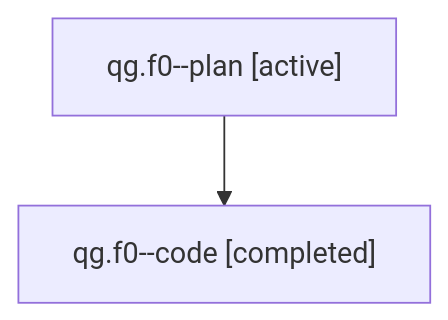
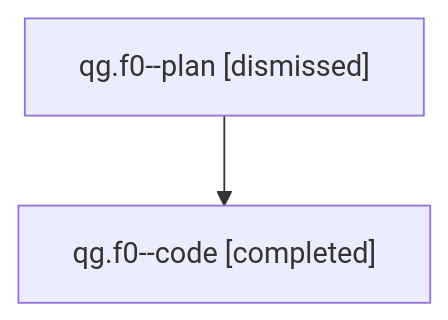
Before and after one commit to sase-org/sase--agents: the diagram in sessions/bbugyi200.athena.qg.f0.md, drawn with Mermaid. The commit also changed other lines of this file and 36 other files, not shown here.

````diff
--- a/sessions/bbugyi200.athena.qg.f0.md
+++ b/sessions/bbugyi200.athena.qg.f0.md
@@ -9,6 +9,6 @@
 ```mermaid
 flowchart TD
-  n0["qg.f0--plan [active]"]
+  n0["qg.f0--plan [dismissed]"]
   n1["qg.f0--code [completed]"]
   n0 --> n1
 ```
````
